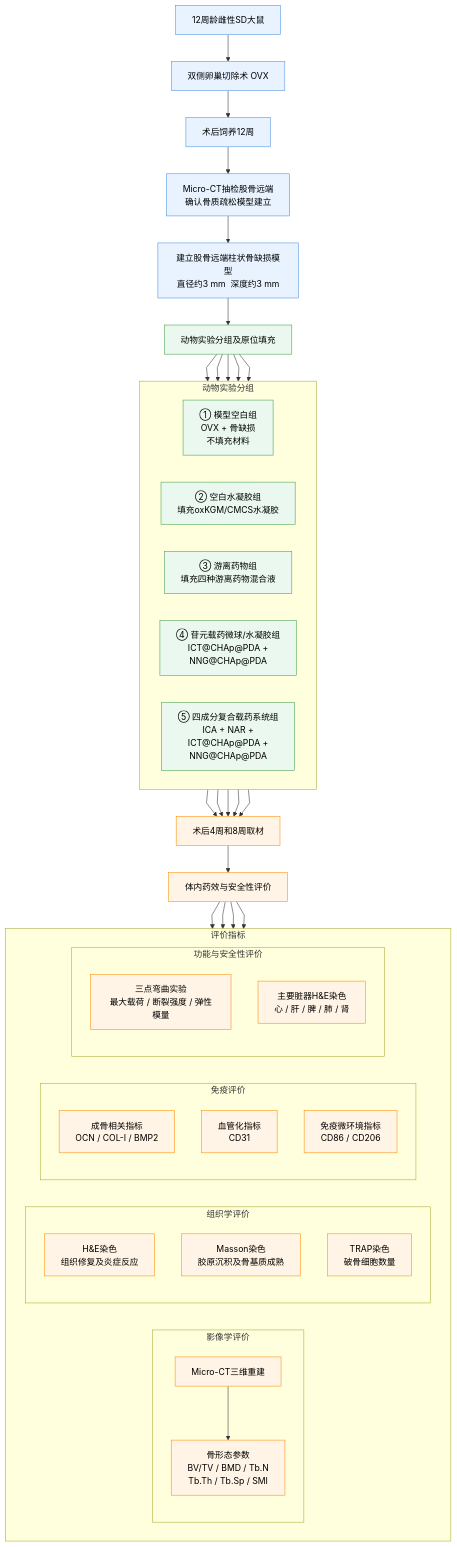
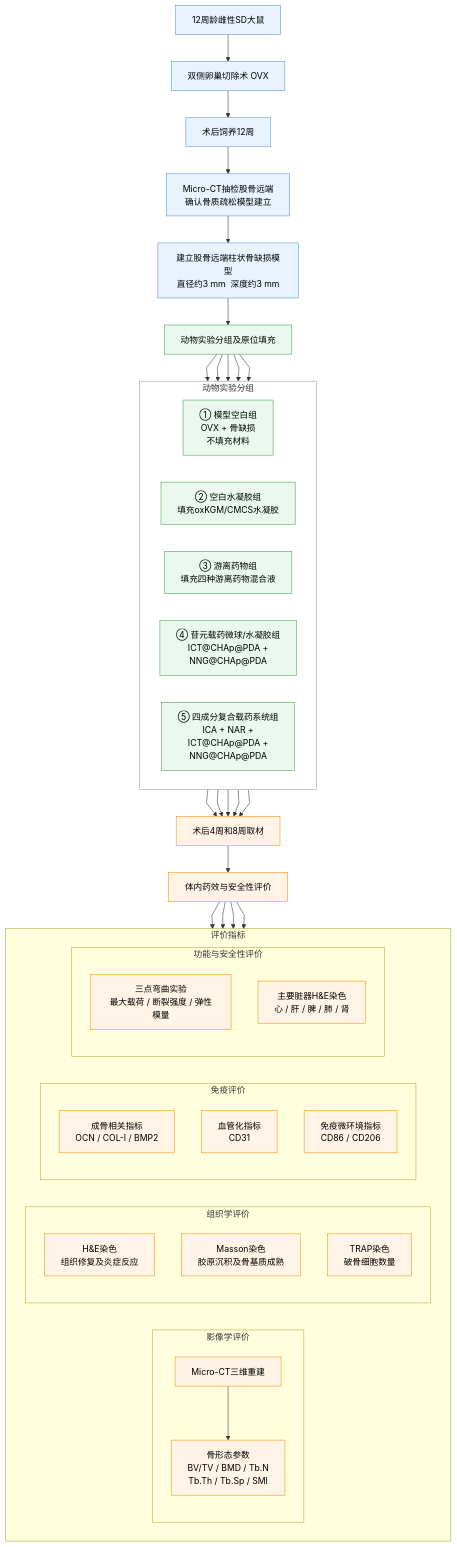
The diagram in all/未命名-3.md (Yaotian99/iodraw-files), drawn with Mermaid before and after one commit.

Commit message:
2026-06-24 10:40:27 update

````diff
--- a/all/未命名-3.md
+++ b/all/未命名-3.md
@@ -1,84 +1,84 @@
 ```mermaid
 %%{init: {'flowchart': {'curve': 'linear'}}}%%
 flowchart TB
 
 A[12周龄雌性SD大鼠] --> B[双侧卵巢切除术 OVX]
 B --> C[术后饲养12周]
 C --> D[Micro-CT抽检股骨远端<br/>确认骨质疏松模型建立]
 D --> E[建立股骨远端柱状骨缺损模型<br/>直径约3 mm  深度约3 mm]
 E --> F[动物实验分组及原位填充]
 
 subgraph GROUP[动物实验分组]
 direction LR
 G1[① 模型空白组<br/>OVX + 骨缺损<br/>不填充材料]
 G2[② 空白水凝胶组<br/>填充oxKGM/CMCS水凝胶]
 G3[③ 游离药物组<br/>填充四种游离药物混合液]
 G4[④ 苷元载药微球/水凝胶组<br/>ICT@CHAp@PDA +<br/>NNG@CHAp@PDA]
 G5[⑤ 四成分复合载药系统组<br/>ICA + NAR +<br/>ICT@CHAp@PDA +<br/>NNG@CHAp@PDA]
 end
 
 F --> G1
 F --> G2
 F --> G3
 F --> G4
 F --> G5
 
 G1 --> H[术后4周和8周取材]
 G2 --> H
 G3 --> H
 G4 --> H
 G5 --> H
 
 H --> I[体内药效与安全性评价]
 
 subgraph EVAL[评价指标]
 direction LR
 
 subgraph E1[影像学评价]
 direction TB
 I1[Micro-CT三维重建]
 I2[骨形态参数<br/>BV/TV / BMD / Tb.N<br/>Tb.Th / Tb.Sp / SMI]
 I1 --> I2
 end
 
 subgraph E2[组织学评价]
 direction TB
 J1[H&E染色<br/>组织修复及炎症反应]
 J2[Masson染色<br/>胶原沉积及骨基质成熟]
 J3[TRAP染色<br/>破骨细胞数量]
 end
 
 subgraph E3[免疫评价]
 direction TB
 K1[成骨相关指标<br/>OCN / COL-I / BMP2]
 K2[血管化指标<br/>CD31]
 K3[免疫微环境指标<br/>CD86 / CD206]
 end
 
 subgraph E4[功能与安全性评价]
 direction TB
 L1[三点弯曲实验<br/>最大载荷 / 断裂强度 / 弹性模量]
 L2[主要脏器H&E染色<br/>心 / 肝 / 脾 / 肺 / 肾]
 end
-
+style GROUP fill:transparent,stroke:#999,stroke-width:1px
 end
-
+style GROUP fill:transparent,stroke:#999,stroke-width:1px
 
 I --> I1
 I --> J1
 I --> K1
 I --> L1
 
 
 classDef model fill:#E8F3FF,stroke:#4A90E2,stroke-width:1px,color:#000;
 classDef group fill:#EAF8EF,stroke:#43A047,stroke-width:1px,color:#000;
 classDef assay fill:#FFF4E5,stroke:#FB8C00,stroke-width:1px,color:#000;
 classDef result fill:#FFECEC,stroke:#E53935,stroke-width:1px,color:#000;
 
 class A,B,C,D,E model;
 class F,G1,G2,G3,G4,G5 group;
 class H,I,I1,I2,J1,J2,J3,K1,K2,K3,L1,L2 assay;
 class M,N,O result;
 
 
 ```
````
